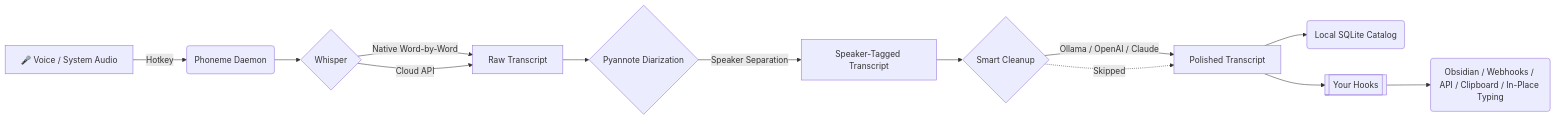
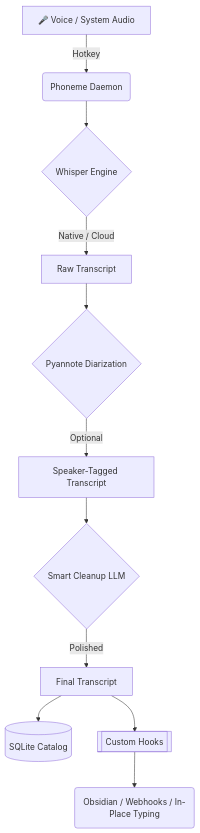
One commit to namefailed/phoneme changed the diagram in README.md. Above: the diagram before and after it, drawn with Mermaid. The commit also changed 2 other files, not shown here.

Commit message:
docs: fix smart_cleanup.md and add mermaid diagram to meeting_mode.md

````diff
--- a/README.md
+++ b/README.md
@@ -33,15 +33,16 @@
 ```mermaid
-flowchart LR
+flowchart TD
     A[🎤 Voice / System Audio] -->|Hotkey| B(Phoneme Daemon)
-    B --> C{Whisper}
-    C -->|Native Word-by-Word| D[Raw Transcript]
-    C -->|Cloud API| D
+    B --> C{Whisper Engine}
+    
+    C -->|Native / Cloud| D[Raw Transcript]
     D --> E{Pyannote Diarization}
-    E -->|Speaker Separation| F[Speaker-Tagged Transcript]
-    F --> G{Smart Cleanup}
-    G -->|Ollama / OpenAI / Claude| H[Polished Transcript]
-    G -.->|Skipped| H
-    H --> I(Local SQLite Catalog)
-    H --> J[[Your Hooks]]
-    J --> K(Obsidian / Webhooks / API / Clipboard / In-Place Typing)
+    E -->|Optional| F[Speaker-Tagged Transcript]
+    
+    F --> G{Smart Cleanup LLM}
+    G -->|Polished| H[Final Transcript]
+    
+    H --> I[(SQLite Catalog)]
+    H --> J[[Custom Hooks]]
+    J --> K(Obsidian / Webhooks / In-Place Typing)
 ```
````
